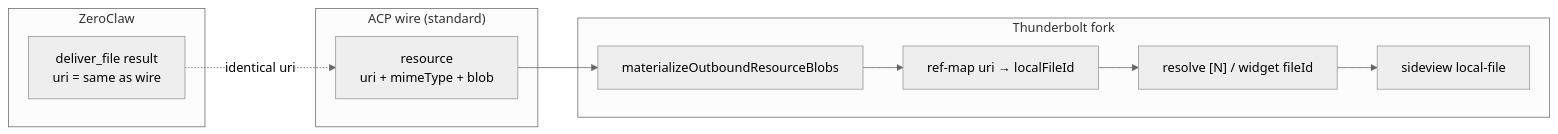
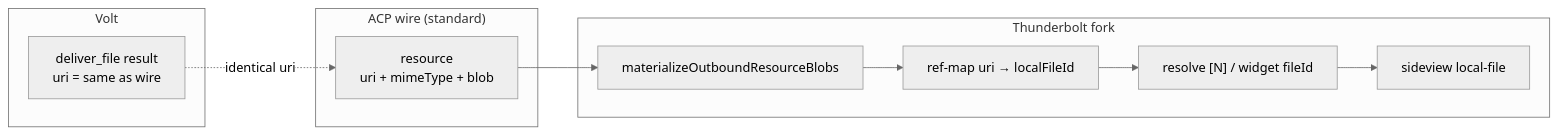
One commit to metalmon/thunderbolt changed the second of 2 diagrams in zeroclaw-integration/specs/2026-07-18-citations-widgets-acp-design.md. Above: the diagram before and after it, drawn with Mermaid (neutral theme). The commit also changed other lines of this file and 2 other files, not shown here.

````diff
--- a/zeroclaw-integration/specs/2026-07-18-citations-widgets-acp-design.md
+++ b/zeroclaw-integration/specs/2026-07-18-citations-widgets-acp-design.md
@@ -91,17 +91,17 @@
 ```mermaid
 flowchart LR
   subgraph wire ["ACP wire (standard)"]
     R["resource\nuri + mimeType + blob"]
   end
-  subgraph zc ["ZeroClaw"]
+  subgraph zc ["Volt"]
     DF["deliver_file result\nuri = same as wire"]
   end
   subgraph tb ["Thunderbolt fork"]
     MAT["materializeOutboundResourceBlobs"]
     MAP["ref-map uri → localFileId"]
     RES["resolve [N] / widget fileId"]
     SV["sideview local-file"]
   end
   DF -.->|identical uri| R
   R --> MAT --> MAP --> RES --> SV
 ```
````
